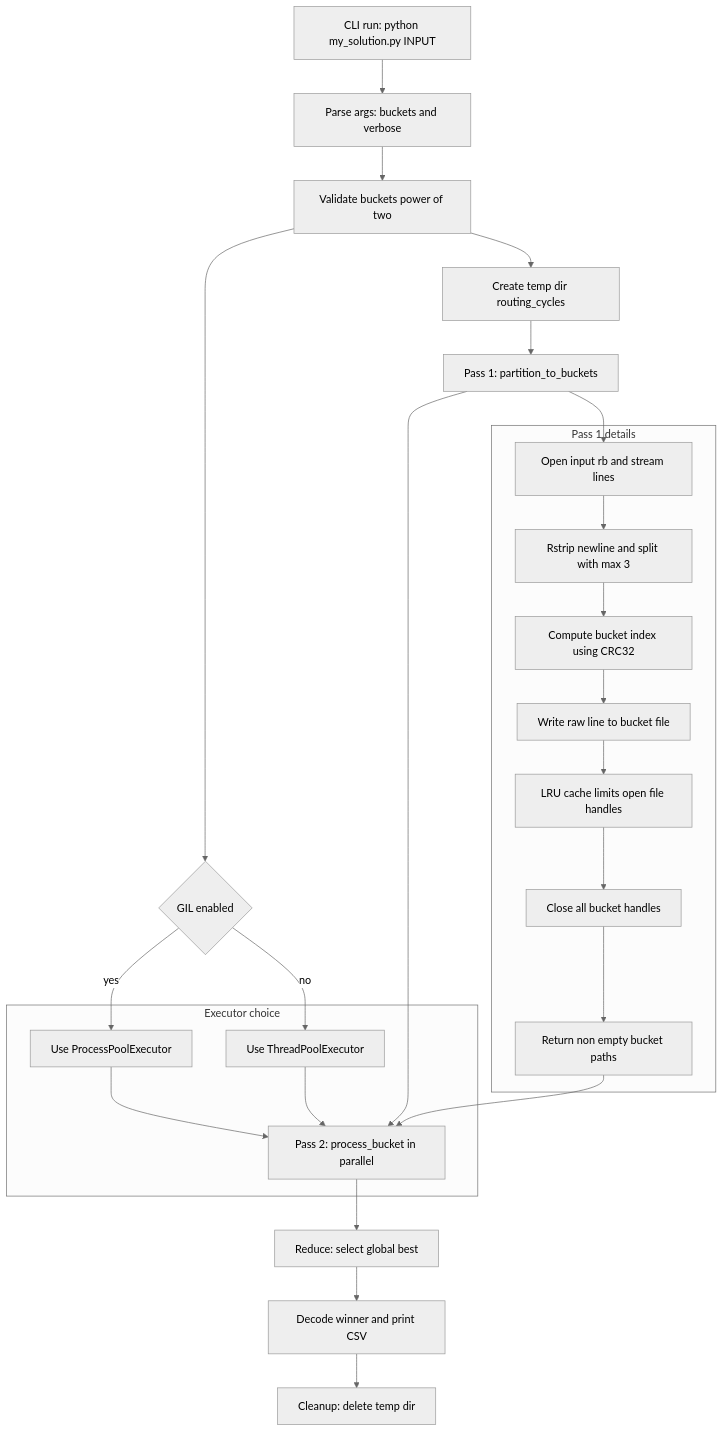
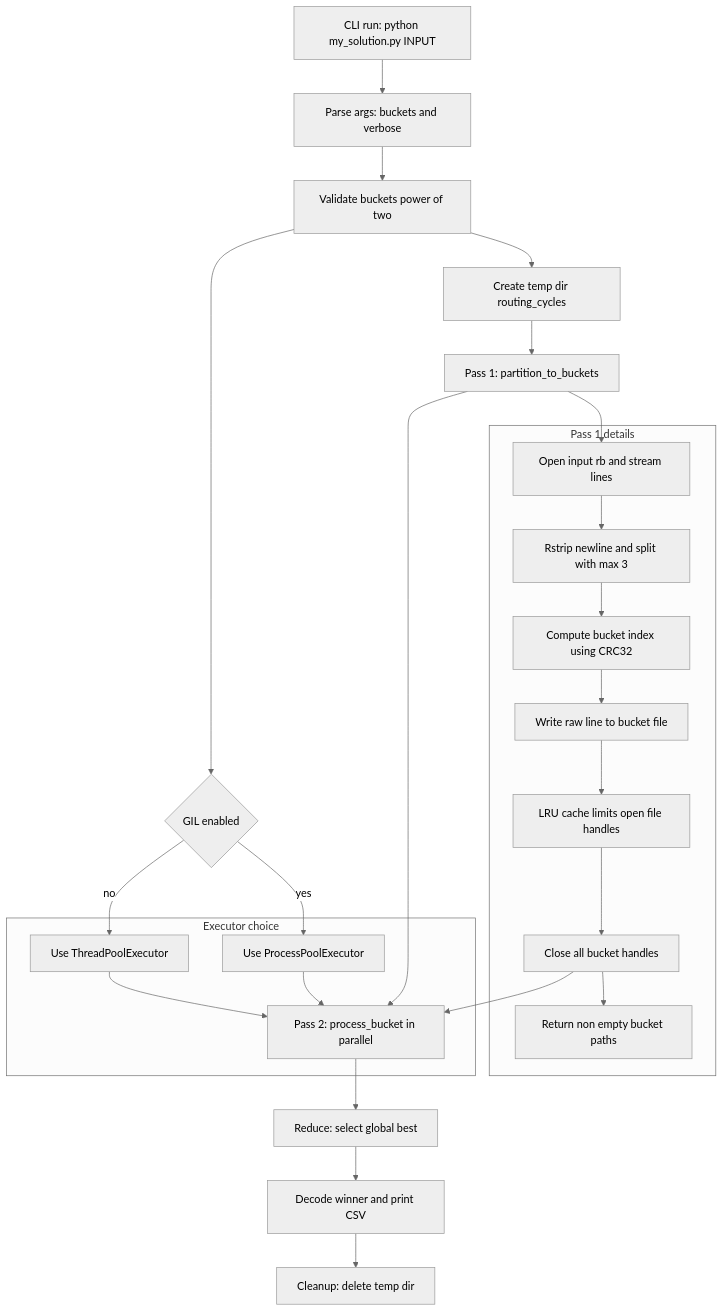
Before and after one commit to VictorNogNog/routing-cycle-detector: the diagram in diagrams/End-to-End Pipeline.md, drawn with Mermaid (neutral theme). The commit also changed 4 other files, not shown here.

````diff
--- a/diagrams/End-to-End Pipeline.md
+++ b/diagrams/End-to-End Pipeline.md
@@ -1,32 +1,32 @@
 ```mermaid
 graph TD
   A[CLI run: python my_solution.py INPUT] --> B[Parse args: buckets and verbose]
   B --> C[Validate buckets power of two]
   C --> D{GIL enabled}
   D -->|yes| E[Use ProcessPoolExecutor]
   D -->|no| F[Use ThreadPoolExecutor]
 
   C --> G[Create temp dir routing_cycles]
   G --> H[Pass 1: partition_to_buckets]
   H --> I[Pass 2: process_bucket in parallel]
   I --> J[Reduce: select global best]
   J --> K[Decode winner and print CSV]
   K --> L[Cleanup: delete temp dir]
 
   subgraph PASS1[Pass 1 details]
     H1[Open input rb and stream lines] --> H2[Rstrip newline and split with max 3]
     H2 --> H3[Compute bucket index using CRC32]
     H3 --> H4[Write raw line to bucket file]
     H4 --> H5[LRU cache limits open file handles]
     H5 --> H6[Close all bucket handles]
     H6 --> H7[Return non empty bucket paths]
   end
 
   H --> H1
-  H7 --> I
+  H6 --> I
 
   subgraph EXEC[Executor choice]
     E --> I
     F --> I
   end
 ```
````
